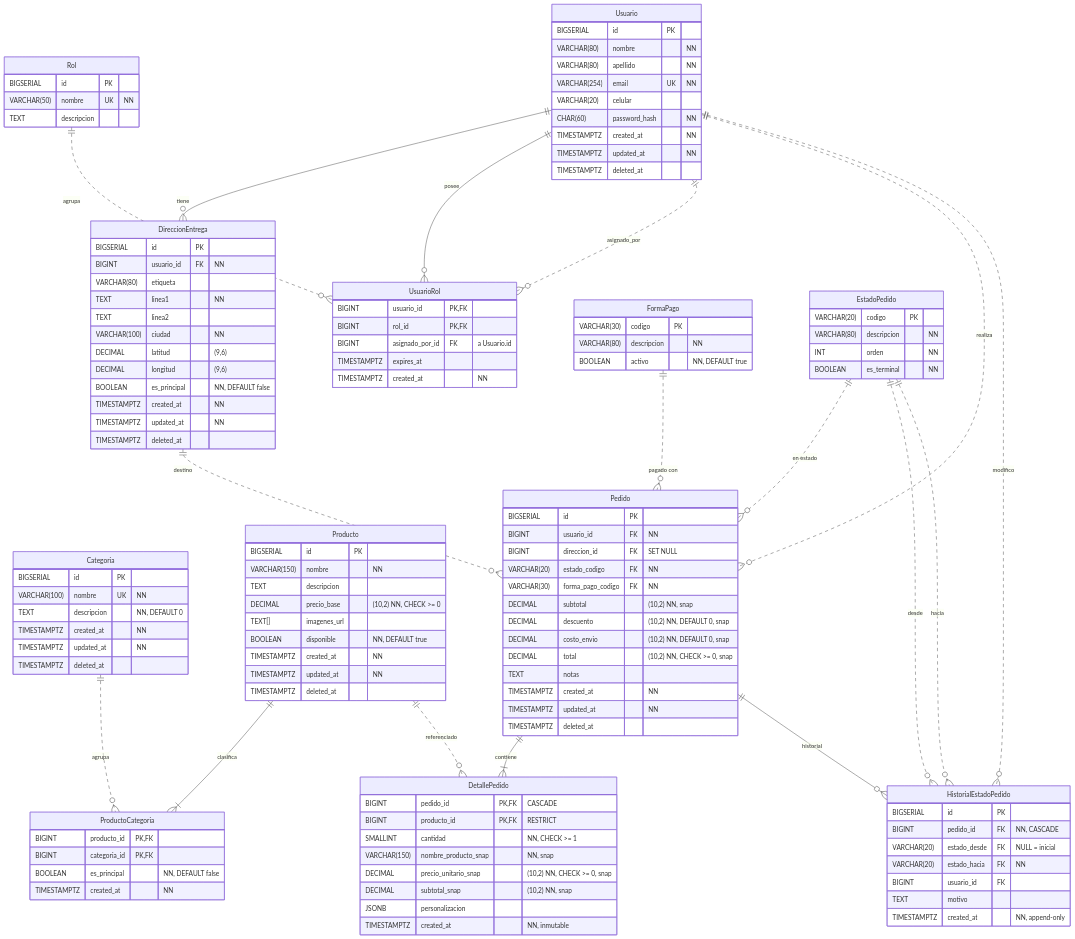
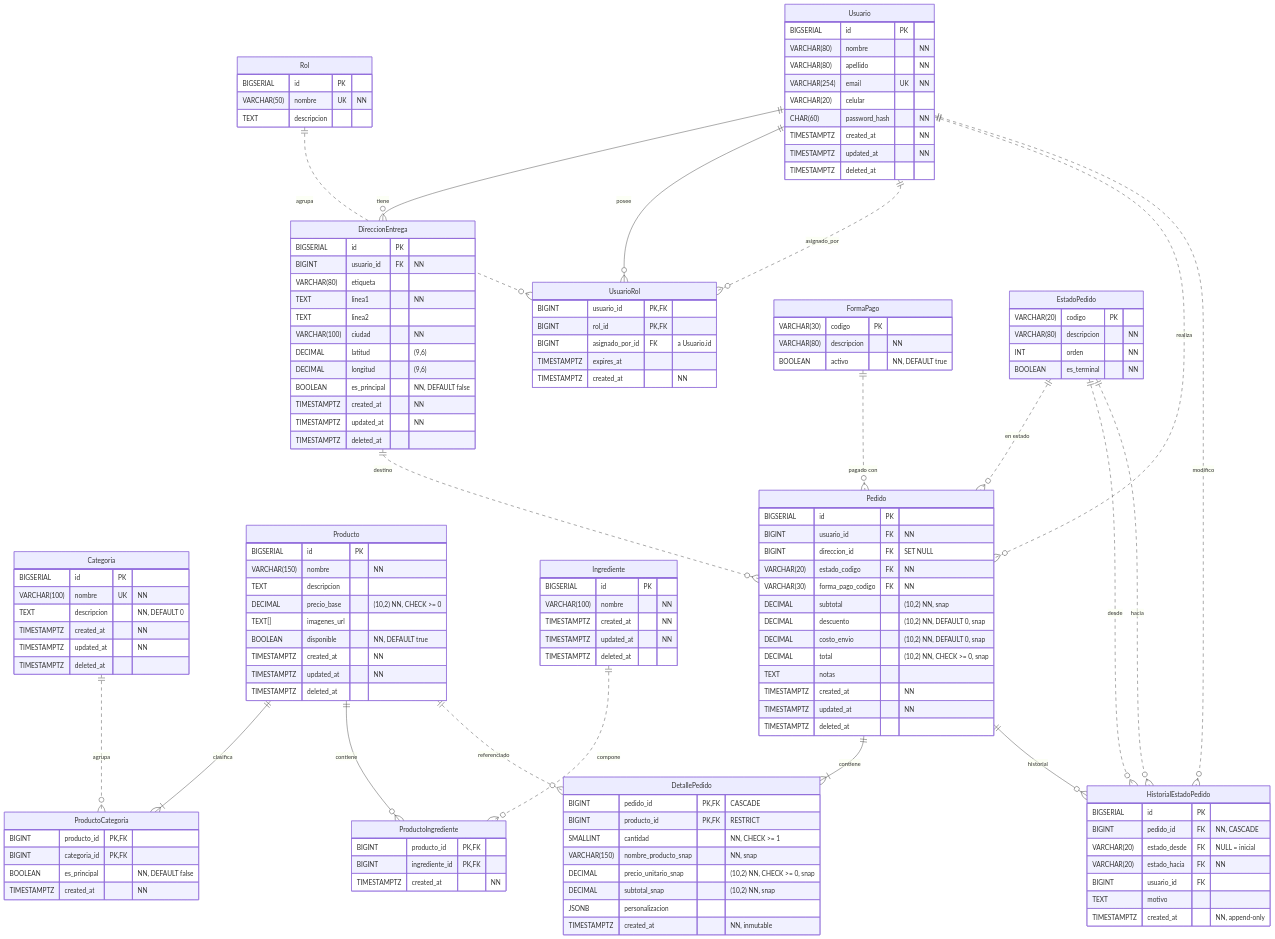
The diagram in backend/doc/uml_food_store.md (jdario9912/tp-unidades-programacion-IV), drawn with Mermaid before and after one commit. The commit also changed other lines of this file and 28 other files, not shown here.

```diff
--- a/backend/doc/uml_food_store.md
+++ b/backend/doc/uml_food_store.md
@@ -89,6 +89,20 @@
         TIMESTAMPTZ created_at "NN"
     }
 
+    Ingrediente {
+        BIGSERIAL id PK
+        VARCHAR(100) nombre "NN"
+        TIMESTAMPTZ created_at "NN"
+        TIMESTAMPTZ updated_at "NN"
+        TIMESTAMPTZ deleted_at
+    }
+
+    ProductoIngrediente {
+        BIGINT producto_id PK, FK
+        BIGINT ingrediente_id PK, FK
+        TIMESTAMPTZ created_at "NN"
+    }
+
     %% ═══ Ventas & Transacciones ═══
     FormaPago {
         VARCHAR(30) codigo PK
@@ -149,6 +163,8 @@
     %% ═══ Relaciones: Catálogo ═══
     Producto ||--|{ ProductoCategoria : clasifica
     Categoria ||..o{ ProductoCategoria : agrupa
+    Producto ||--o{ ProductoIngrediente : contiene
+    Ingrediente ||..o{ ProductoIngrediente : compone
 
     %% ═══ Relaciones: Ventas ═══
     Usuario ||..o{ Pedido : realiza
```
